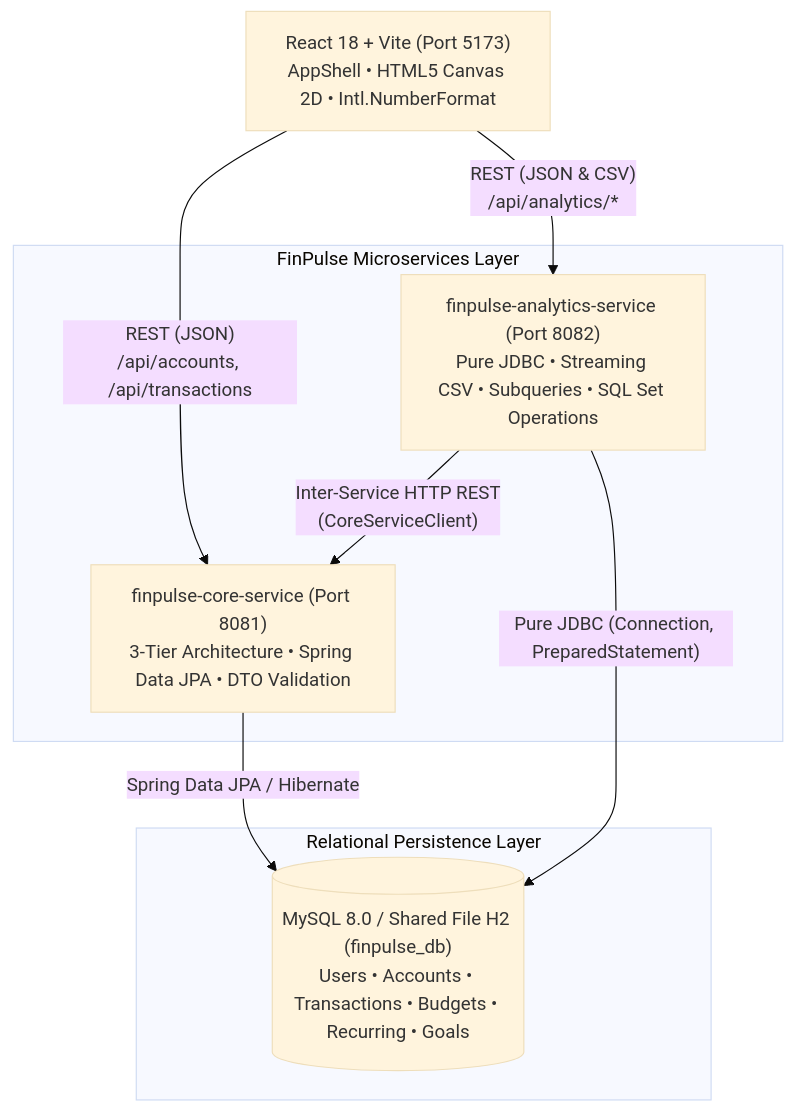
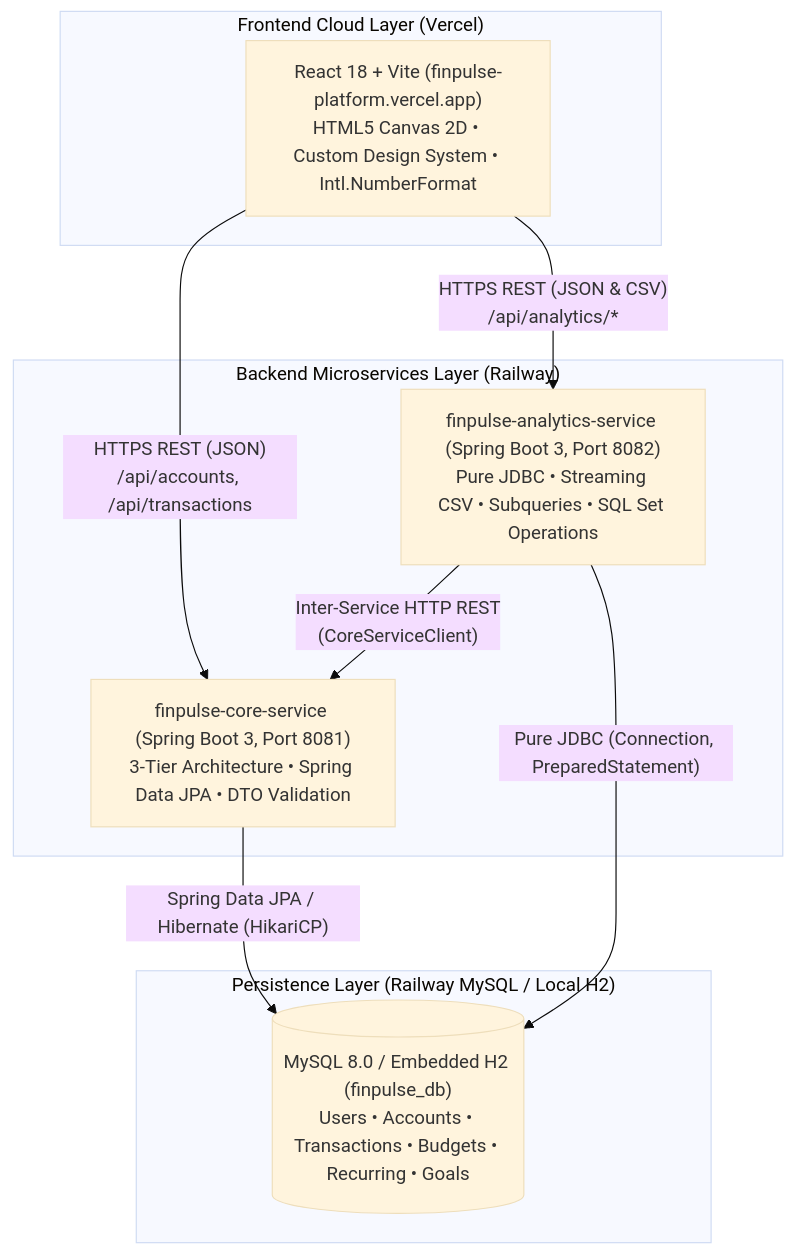
Before and after one commit to Karthikeyan-S7/Finpulse: the diagram in README.md, drawn with Mermaid (base theme). The commit also changed other lines of this file, not shown here.

Commit message:
docs: update README with multi-cloud deployment details, UI updates, and project credits

````diff
--- a/README.md
+++ b/README.md
@@ -9,19 +29,21 @@
 ```mermaid
 graph TD
-    Client["React 18 + Vite (Port 5173)<br/>AppShell • HTML5 Canvas 2D • Intl.NumberFormat"]
-    
-    subgraph Microservices ["FinPulse Microservices Layer"]
-        Core["finpulse-core-service (Port 8081)<br/>3-Tier Architecture • Spring Data JPA • DTO Validation"]
-        Analytics["finpulse-analytics-service (Port 8082)<br/>Pure JDBC • Streaming CSV • Subqueries • SQL Set Operations"]
+    subgraph Frontend ["Frontend Cloud Layer (Vercel)"]
+        Client["React 18 + Vite (finpulse-platform.vercel.app)<br/>HTML5 Canvas 2D • Custom Design System • Intl.NumberFormat"]
     end
     
-    subgraph DataStore ["Relational Persistence Layer"]
-        DB[("MySQL 8.0 / Shared File H2 (finpulse_db)<br/>Users • Accounts • Transactions • Budgets • Recurring • Goals")]
+    subgraph Microservices ["Backend Microservices Layer (Railway)"]
+        Core["finpulse-core-service (Spring Boot 3, Port 8081)<br/>3-Tier Architecture • Spring Data JPA • DTO Validation"]
+        Analytics["finpulse-analytics-service (Spring Boot 3, Port 8082)<br/>Pure JDBC • Streaming CSV • Subqueries • SQL Set Operations"]
+    end
+    
+    subgraph Persistence ["Persistence Layer (Railway MySQL / Local H2)"]
+        DB[("MySQL 8.0 / Embedded H2 (finpulse_db)<br/>Users • Accounts • Transactions • Budgets • Recurring • Goals")]
     end
 
-    Client -->|"REST (JSON)<br/>/api/accounts, /api/transactions"| Core
-    Client -->|"REST (JSON & CSV)<br/>/api/analytics/*"| Analytics
+    Client -->|"HTTPS REST (JSON)<br/>/api/accounts, /api/transactions"| Core
+    Client -->|"HTTPS REST (JSON & CSV)<br/>/api/analytics/*"| Analytics
     Analytics -->|"Inter-Service HTTP REST<br/>(CoreServiceClient)"| Core
-    Core -->|"Spring Data JPA / Hibernate"| DB
+    Core -->|"Spring Data JPA / Hibernate (HikariCP)"| DB
     Analytics -->|"Pure JDBC (Connection, PreparedStatement)"| DB
 ```
````
